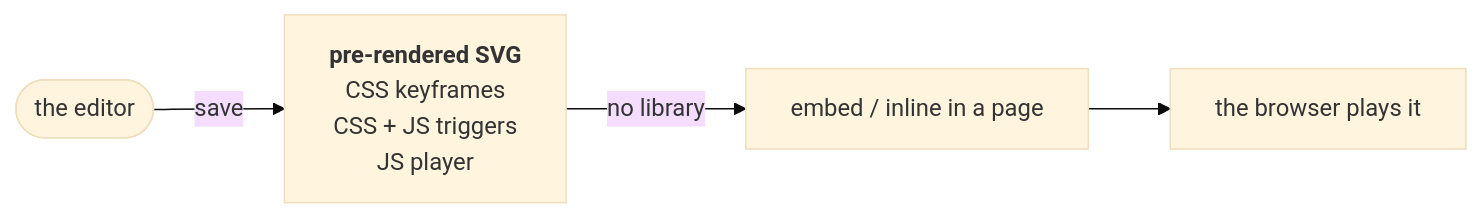
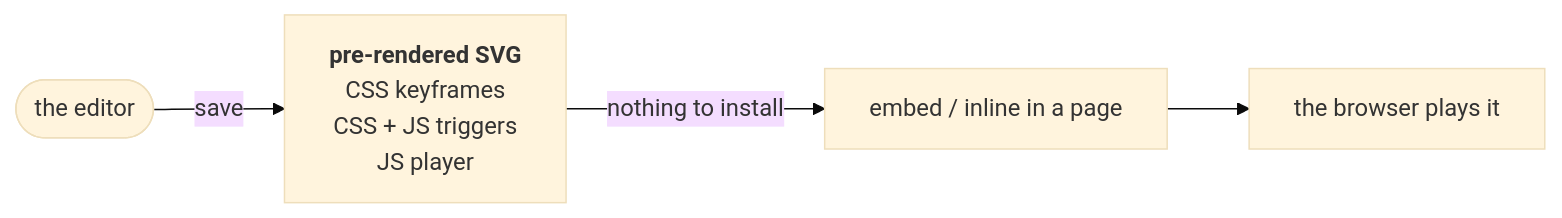
One commit to pixodesk/pixodesk-svg-animator changed the second of 3 diagrams in docs/01-start--introduction.md. Above: the diagram before and after it, drawn with Mermaid. The commit also changed other lines of this file and 15 other files, not shown here.

````diff
--- a/docs/01-start--introduction.md
+++ b/docs/01-start--introduction.md
@@ -41,10 +41,10 @@
 ```mermaid
 %%{init: {'theme':'base', 'flowchart':{'nodeSpacing': 40, 'rankSpacing': 55, 'curve': 'basis'}}}%%
 flowchart LR
     Editor(["the editor"])
     SVG["<b>pre-rendered SVG</b><br/>CSS keyframes<br/>CSS + JS triggers<br/>JS player"]
     Page["embed / inline in a page"]
     Browser["the browser plays it"]
 
-    Editor -- save --> SVG -- no library --> Page --> Browser
+    Editor -- save --> SVG -- nothing to install --> Page --> Browser
 ```
````
